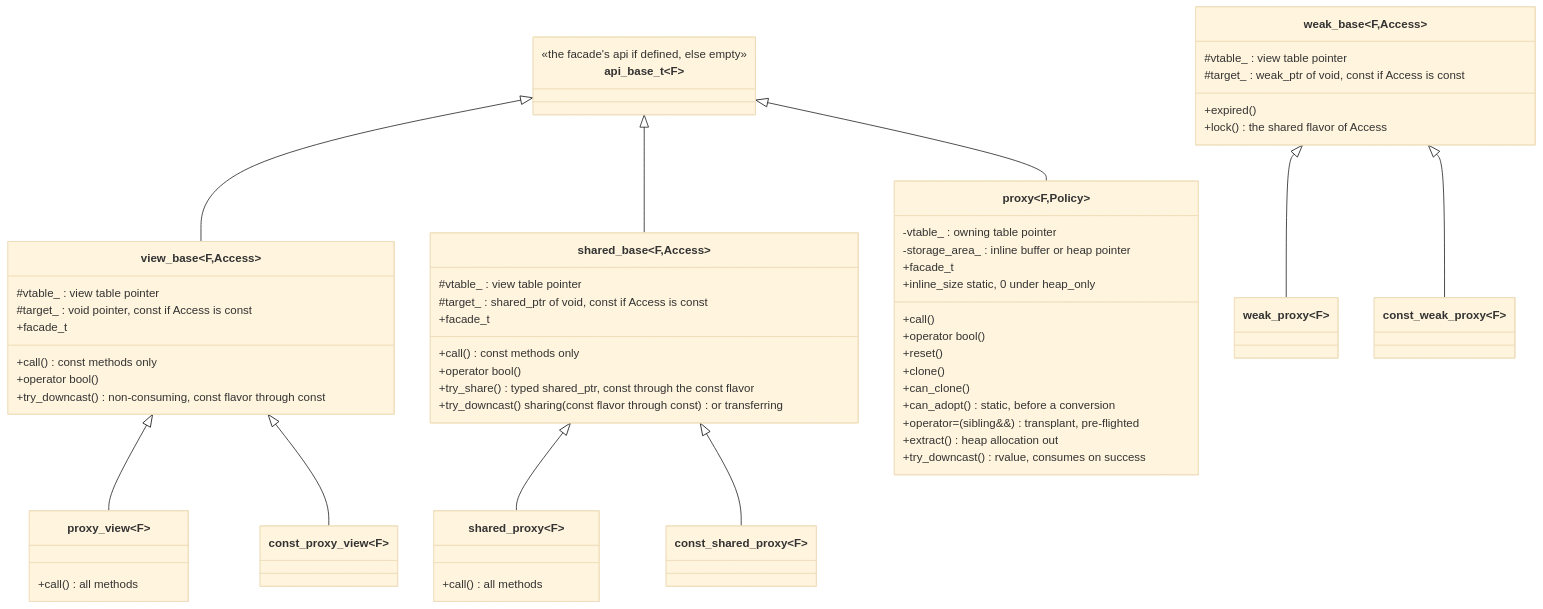
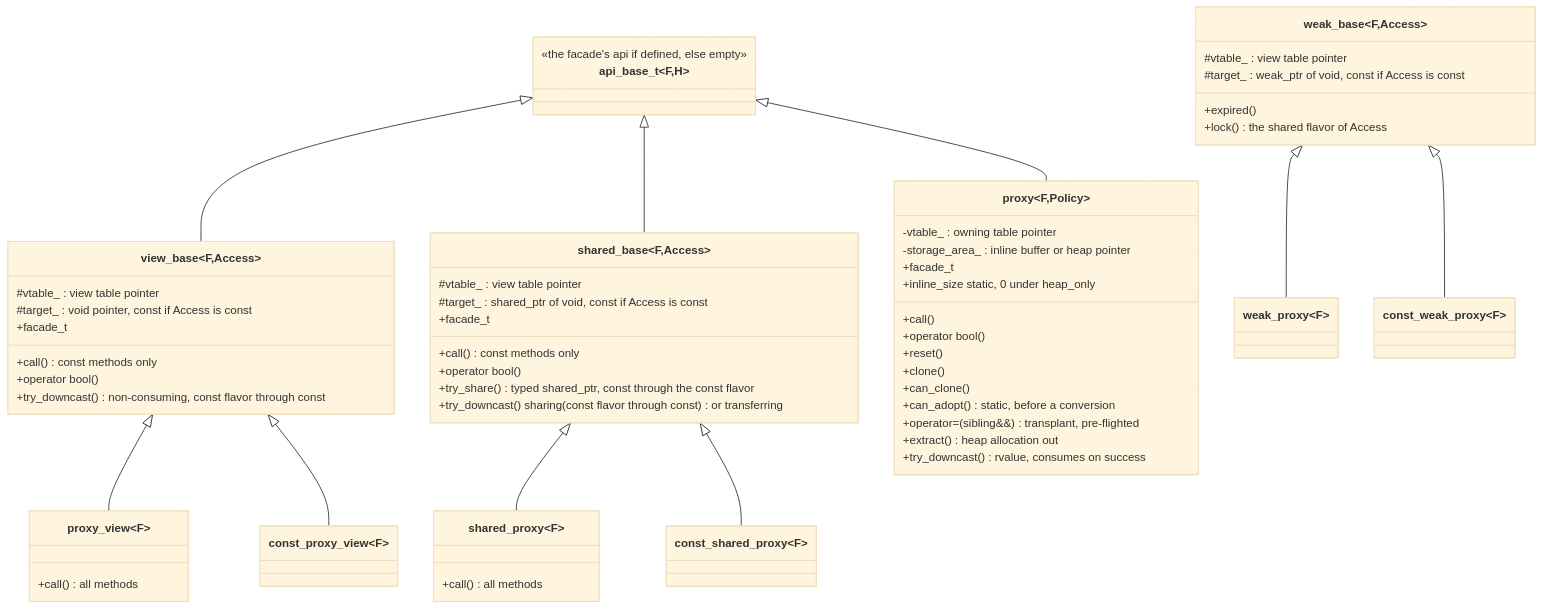
Before and after one commit to stevensudit/Corvid: the second of 8 diagrams in corvid/meta/invoke/proxy.md, drawn with Mermaid (base theme). The commit also changed other lines of this file and 10 other files, not shown here.

````diff
--- a/corvid/meta/invoke/proxy.md
+++ b/corvid/meta/invoke/proxy.md
@@ -1050,67 +1064,67 @@
 ```mermaid
 classDiagram
-    class api_base_t~F~ {
+    class api_base_t~F,H~ {
         <<the facade's api if defined, else empty>>
     }
     class view_base~F,Access~ {
         #vtable_ : view table pointer
         #target_ : void pointer, const if Access is const
         +facade_t
         +call() const methods only
         +operator bool()
         +try_downcast() non-consuming, const flavor through const
     }
     class shared_base~F,Access~ {
         #vtable_ : view table pointer
         #target_ : shared_ptr of void, const if Access is const
         +facade_t
         +call() const methods only
         +operator bool()
         +try_share() typed shared_ptr, const through the const flavor
         +try_downcast() sharing (const flavor through const) or transferring
     }
     class proxy_view~F~ {
         +call() all methods
     }
     class const_proxy_view~F~ {
     }
     class proxy~F,Policy~ {
         -vtable_ : owning table pointer
         -storage_area_ : inline buffer or heap pointer
         +facade_t
         +inline_size static, 0 under heap_only
         +call()
         +operator bool()
         +reset()
         +clone()
         +can_clone()
         +can_adopt() static, before a conversion
         +operator=(sibling&&) transplant, pre-flighted
         +extract() heap allocation out
         +try_downcast() rvalue, consumes on success
     }
     class shared_proxy~F~ {
         +call() all methods
     }
     class const_shared_proxy~F~ {
     }
     class weak_base~F,Access~ {
         #vtable_ : view table pointer
         #target_ : weak_ptr of void, const if Access is const
         +expired()
         +lock() the shared flavor of Access
     }
     class weak_proxy~F~ {
     }
     class const_weak_proxy~F~ {
     }
     api_base_t <|-- view_base
     view_base <|-- proxy_view
     view_base <|-- const_proxy_view
     api_base_t <|-- proxy
     api_base_t <|-- shared_base
     shared_base <|-- shared_proxy
     shared_base <|-- const_shared_proxy
     weak_base <|-- weak_proxy
     weak_base <|-- const_weak_proxy
 ```
````
